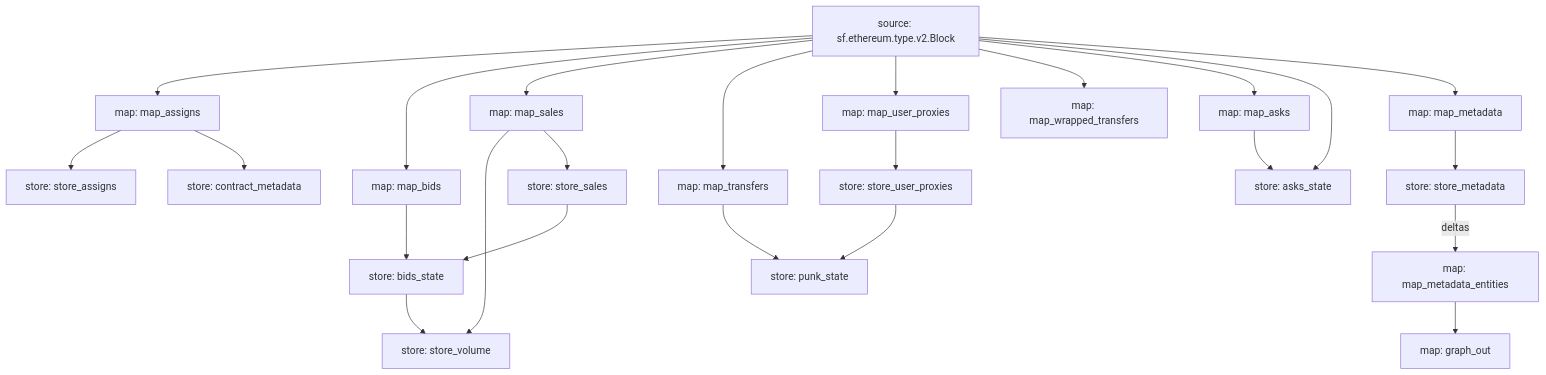
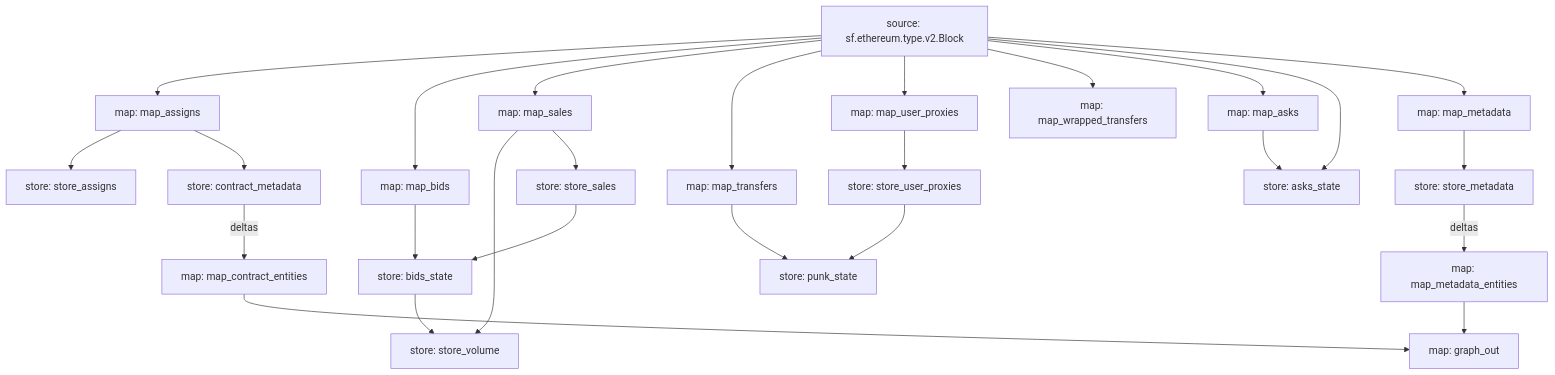
One commit to itsjerryokolo/cryptopunks_substreams changed the diagram in README.md. Above: the diagram before and after it, drawn with Mermaid. The commit also changed 7 other files, not shown here.

Commit message:
fix bug in Metadata mapper, implement Contract Entity

````diff
--- a/README.md
+++ b/README.md
@@ -3,45 +3,48 @@
 ```mermaid
 graph TD;
   map_assigns[map: map_assigns]
   sf.ethereum.type.v2.Block[source: sf.ethereum.type.v2.Block] --> map_assigns
   store_assigns[store: store_assigns]
   map_assigns --> store_assigns
   map_bids[map: map_bids]
   sf.ethereum.type.v2.Block[source: sf.ethereum.type.v2.Block] --> map_bids
   bids_state[store: bids_state]
   map_bids --> bids_state
   store_sales --> bids_state
   store_volume[store: store_volume]
   map_sales --> store_volume
   bids_state --> store_volume
   store_sales[store: store_sales]
   map_sales --> store_sales
   map_sales[map: map_sales]
   sf.ethereum.type.v2.Block[source: sf.ethereum.type.v2.Block] --> map_sales
   map_transfers[map: map_transfers]
   sf.ethereum.type.v2.Block[source: sf.ethereum.type.v2.Block] --> map_transfers
   punk_state[store: punk_state]
   map_transfers --> punk_state
   store_user_proxies --> punk_state
   map_user_proxies[map: map_user_proxies]
   sf.ethereum.type.v2.Block[source: sf.ethereum.type.v2.Block] --> map_user_proxies
   map_wrapped_transfers[map: map_wrapped_transfers]
   sf.ethereum.type.v2.Block[source: sf.ethereum.type.v2.Block] --> map_wrapped_transfers
   store_user_proxies[store: store_user_proxies]
   map_user_proxies --> store_user_proxies
   map_asks[map: map_asks]
   sf.ethereum.type.v2.Block[source: sf.ethereum.type.v2.Block] --> map_asks
   asks_state[store: asks_state]
   map_asks --> asks_state
   sf.ethereum.type.v2.Block[source: sf.ethereum.type.v2.Block] --> asks_state
   contract_metadata[store: contract_metadata]
   map_assigns --> contract_metadata
   map_metadata[map: map_metadata]
   sf.ethereum.type.v2.Block[source: sf.ethereum.type.v2.Block] --> map_metadata
   store_metadata[store: store_metadata]
   map_metadata --> store_metadata
   map_metadata_entities[map: map_metadata_entities]
   store_metadata -- deltas --> map_metadata_entities
+  map_contract_entities[map: map_contract_entities]
+  contract_metadata -- deltas --> map_contract_entities
   graph_out[map: graph_out]
   map_metadata_entities --> graph_out
+  map_contract_entities --> graph_out
 ```
````
